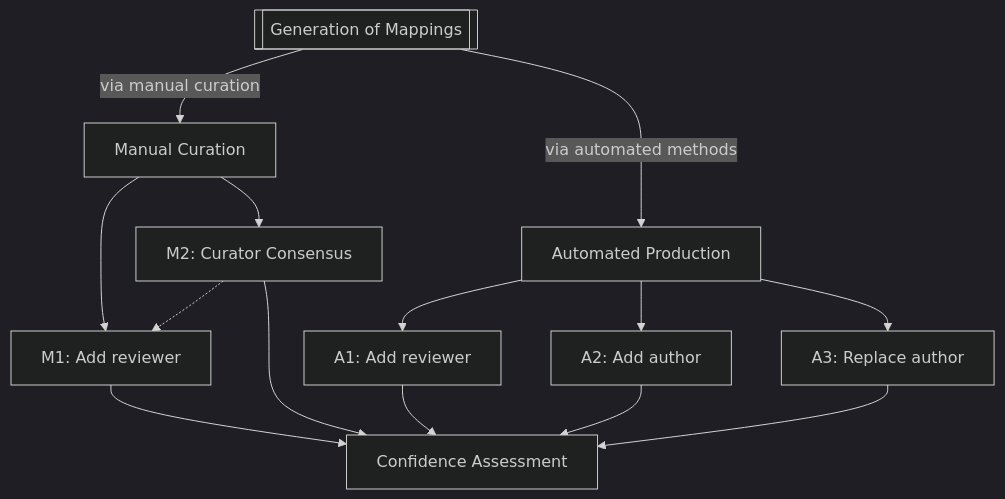
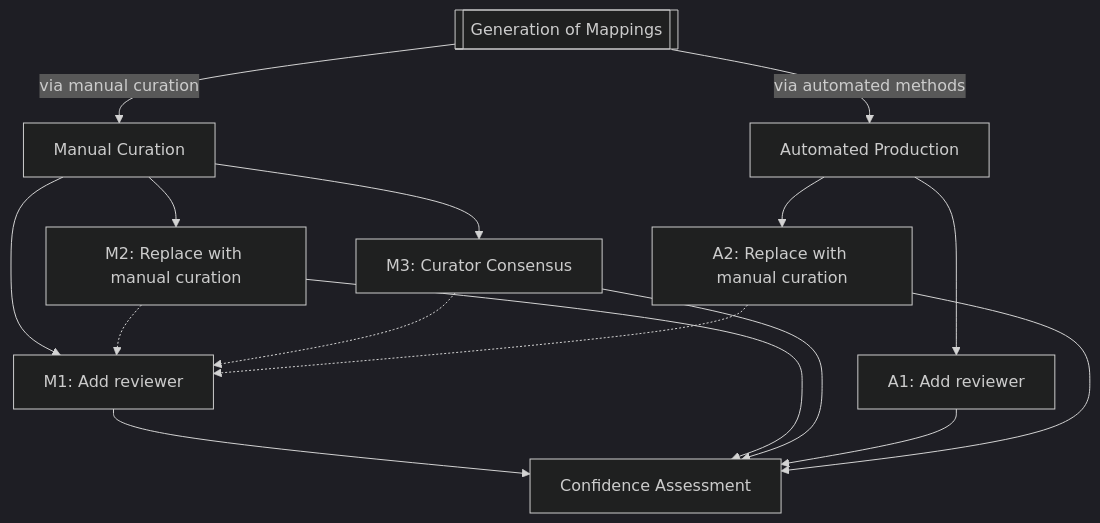
One commit to cthoyt/cthoyt.github.io changed the diagram in _posts/2026/2026-08-27-reviewing-sssom.md. Above: the diagram before and after it, drawn with Mermaid (dark theme). The commit also changed other lines of this file, not shown here.

````diff
--- a/_posts/2026/2026-08-27-reviewing-sssom.md
+++ b/_posts/2026/2026-08-27-reviewing-sssom.md
@@ -14,15 +14,17 @@
 ```mermaid
 flowchart TD
     Start[[Generation of Mappings]]
     Manual[Manual Curation]
     Automated[Automated Production]
     Final[Confidence Assessment]
     Start -->|via manual curation| Manual
     Start -->|via automated methods| Automated
     Manual --> M1[M1: Add reviewer] --> Final
-    Manual --> M2[M2: Curator Consensus] --> Final
+    Manual --> M2[M2: Replace with manual curation] --> Final
+    Manual --> M3[M3: Curator Consensus] --> Final
     M2 -.-> M1
+    M3 -.-> M1
     Automated --> A1[A1: Add reviewer] --> Final
-    Automated --> A2[A2: Add author] --> Final
-    Automated --> A3[A3: Replace author] --> Final
+    Automated --> A2[A2: Replace with manual curation] --> Final
+    A2 -.-> M1
 ```
````
